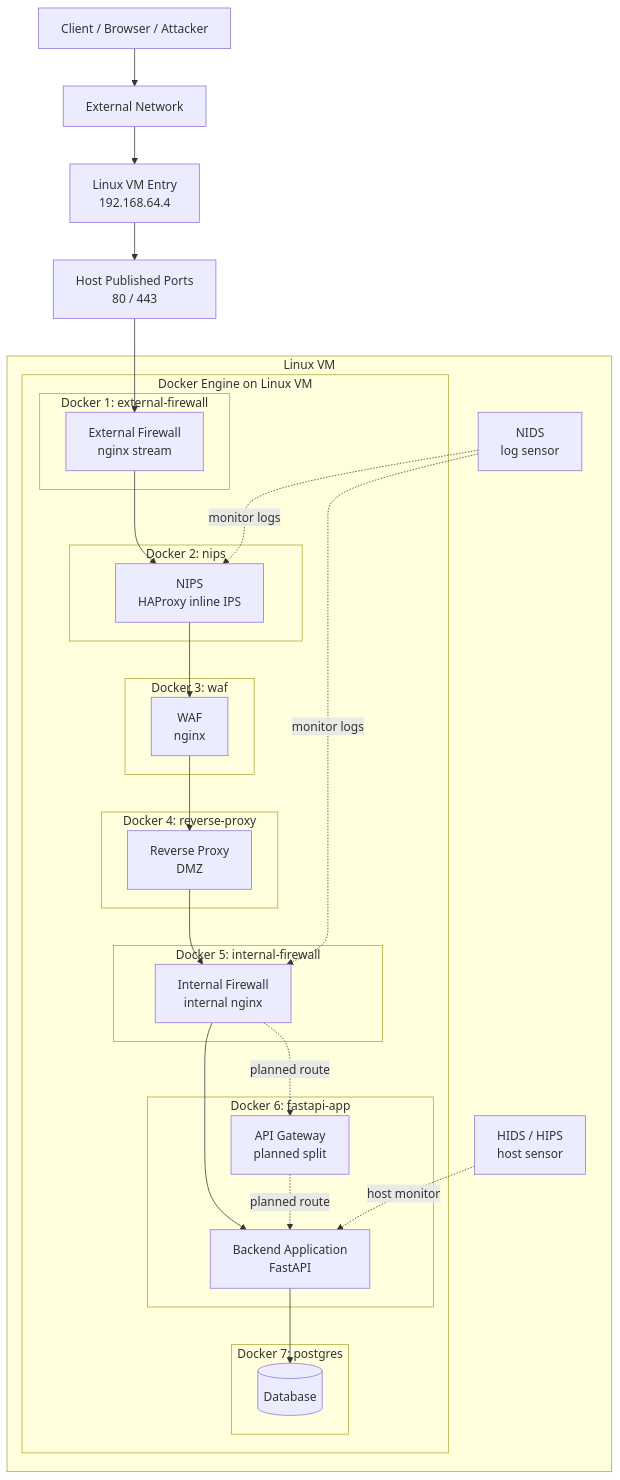
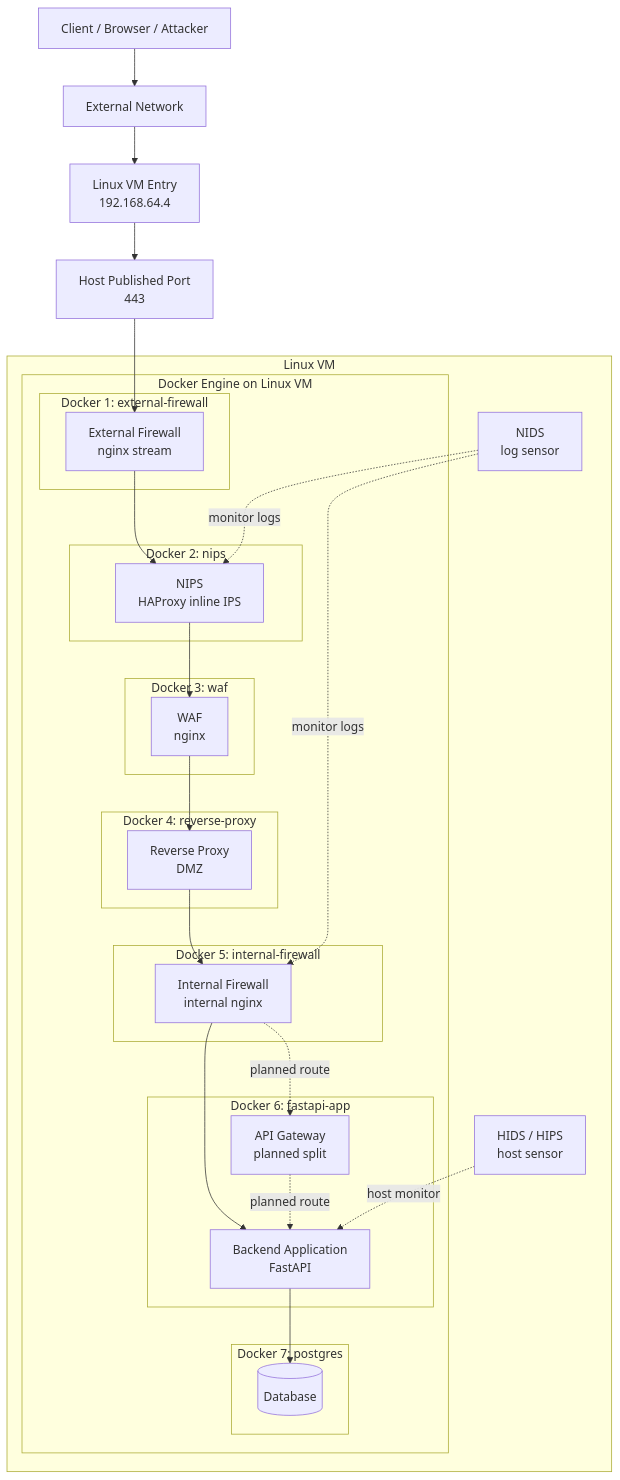
One commit to Buchi-dev-dzn/WebProgramming-ActiveLearner changed the diagram in CURRENT_ARCHITECTURE.md. Above: the diagram before and after it, drawn with Mermaid. The commit also changed other lines of this file and 17 other files, not shown here.

````diff
--- a/CURRENT_ARCHITECTURE.md
+++ b/CURRENT_ARCHITECTURE.md
@@ -7,55 +7,55 @@
 ```mermaid
 graph TD
   Client[Client / Browser / Attacker]
   Internet[External Network]
   VMIP[Linux VM Entry<br/>192.168.64.4]
-  HostPorts[Host Published Ports<br/>80 / 443]
+  HostPorts[Host Published Port<br/>443]
 
   Client --> Internet --> VMIP --> HostPorts
 
   subgraph LinuxVM[Linux VM]
     subgraph DockerHost[Docker Engine on Linux VM]
       subgraph Docker1[Docker 1: external-firewall]
         FW1[External Firewall<br/>nginx stream]
       end
 
       subgraph Docker2[Docker 2: nips]
         NIPS[NIPS<br/>HAProxy inline IPS]
       end
 
       subgraph Docker3[Docker 3: waf]
         WAF[WAF<br/>nginx]
       end
 
       subgraph Docker4[Docker 4: reverse-proxy]
         RP[Reverse Proxy<br/>DMZ]
       end
 
       subgraph Docker5[Docker 5: internal-firewall]
         FW2[Internal Firewall<br/>internal nginx]
       end
 
       subgraph Docker6[Docker 6: fastapi-app]
         APIGW[API Gateway<br/>planned split]
         Back[Backend Application<br/>FastAPI]
       end
 
       subgraph Docker7[Docker 7: postgres]
         DB[(Database)]
       end
     end
 
     NIDS[NIDS<br/>log sensor]
     HIDS[HIDS / HIPS<br/>host sensor]
   end
 
   HostPorts --> FW1 --> NIPS --> WAF --> RP --> FW2
   FW2 --> Back
   FW2 -.planned route.-> APIGW
   APIGW -.planned route.-> Back
   Back --> DB
 
   NIDS -.monitor logs.-> NIPS
   NIDS -.monitor logs.-> FW2
   HIDS -.host monitor.-> Back
 ```
````
